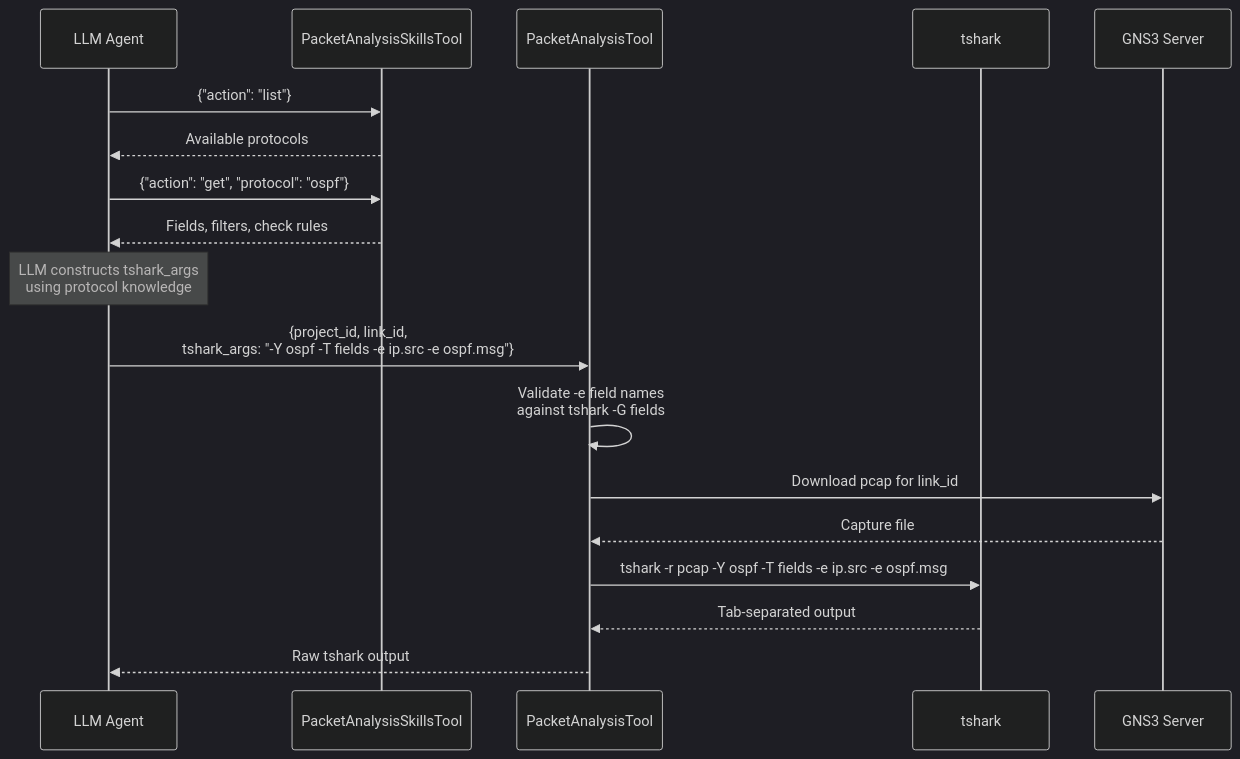
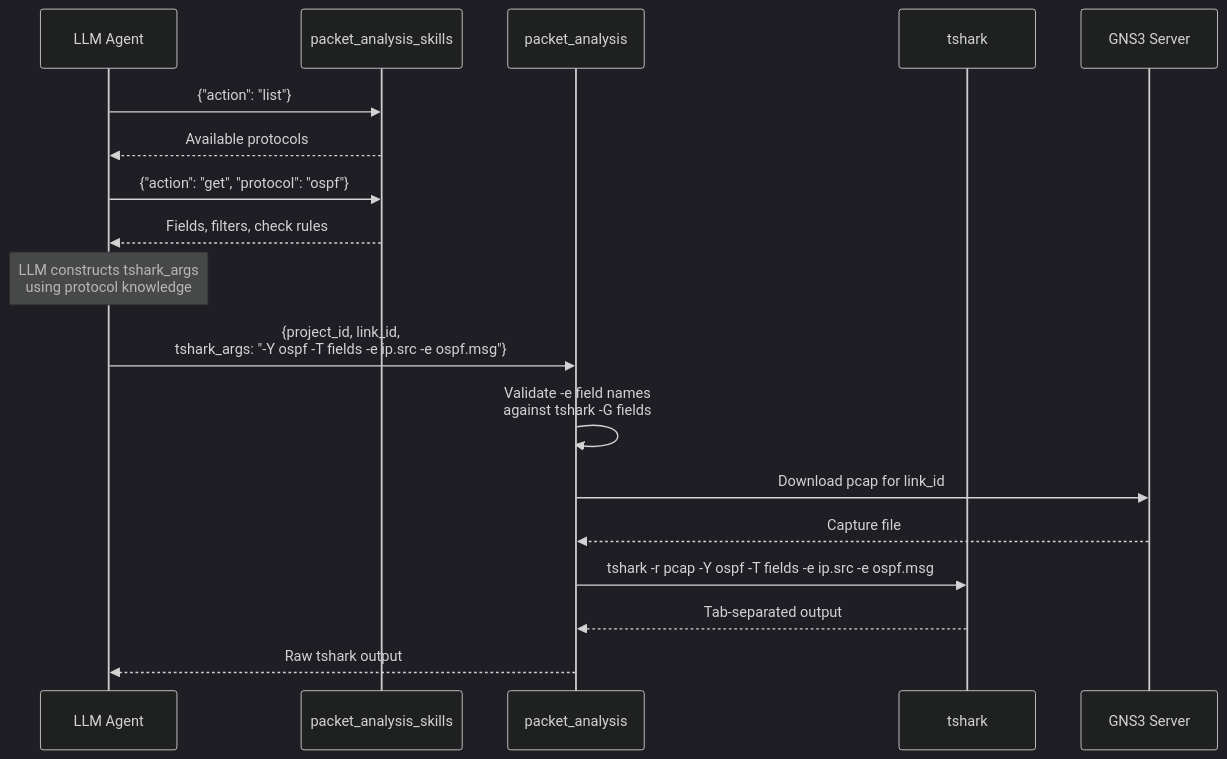
The second of 2 diagrams in docs/gns3-copilot/implemented/packet-analysis.md (GNS3/gns3-server), drawn with Mermaid (dark theme) before and after one commit. The commit also changed other lines of this file and 33 other files, not shown here.

````diff
--- a/docs/gns3-copilot/implemented/packet-analysis.md
+++ b/docs/gns3-copilot/implemented/packet-analysis.md
@@ -89,24 +89,24 @@
 ```mermaid
 sequenceDiagram
     participant LLM as LLM Agent
-    participant SKILL as PacketAnalysisSkillsTool
-    participant TOOL as PacketAnalysisTool
+    participant SKILL as packet_analysis_skills
+    participant TOOL as packet_analysis
     participant tshark as tshark
     participant GNS3 as GNS3 Server
 
     LLM->>SKILL: {"action": "list"}
     SKILL-->>LLM: Available protocols
 
     LLM->>SKILL: {"action": "get", "protocol": "ospf"}
     SKILL-->>LLM: Fields, filters, check rules
 
     Note over LLM: LLM constructs tshark_args<br/>using protocol knowledge
 
     LLM->>TOOL: {project_id, link_id,<br/>tshark_args: "-Y ospf -T fields -e ip.src -e ospf.msg"}
     TOOL->>TOOL: Validate -e field names<br/>against tshark -G fields
     TOOL->>GNS3: Download pcap for link_id
     GNS3-->>TOOL: Capture file
     TOOL->>tshark: tshark -r pcap -Y ospf -T fields -e ip.src -e ospf.msg
     tshark-->>TOOL: Tab-separated output
     TOOL-->>LLM: Raw tshark output
 ```
````
